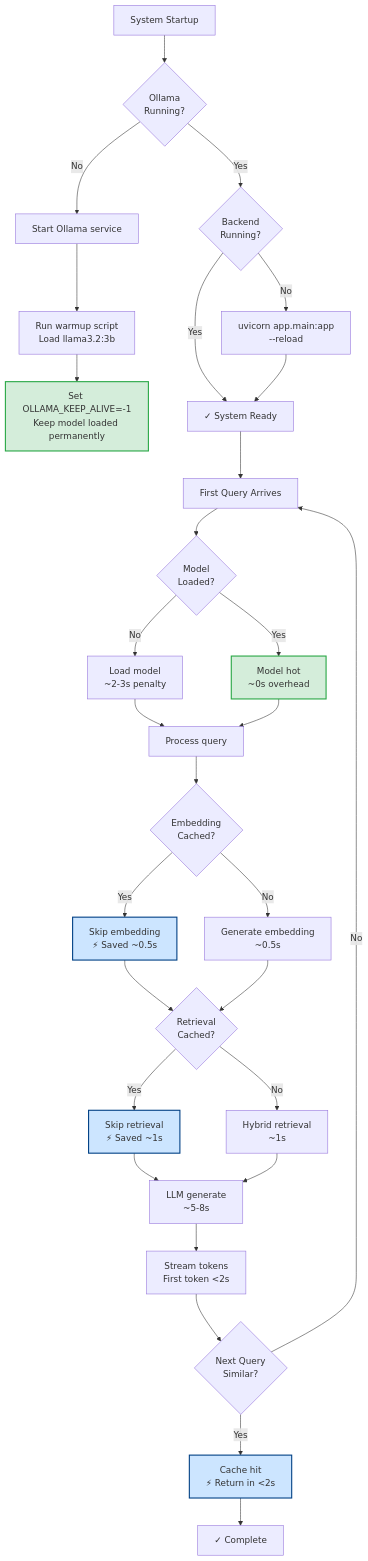
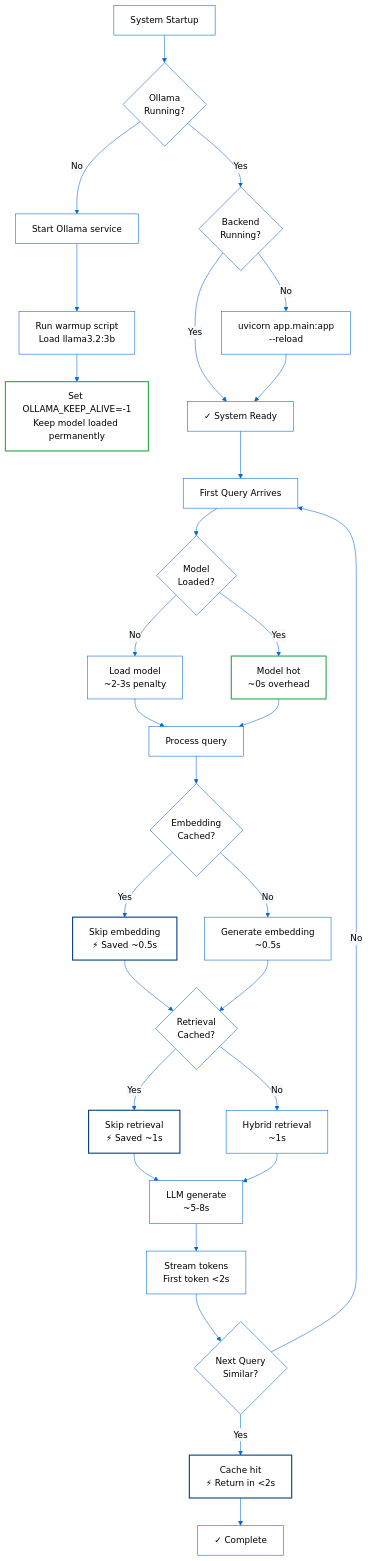
Before and after one commit to arpan1221/Foldex: the fifth of 5 diagrams in README.md, drawn with Mermaid. The commit also changed other lines of this file and 1 other file, not shown here.

````diff
--- a/README.md
+++ b/README.md
@@ -222,57 +271,58 @@
 ```mermaid
+%%{init: {'theme':'base', 'themeVariables': { 'primaryColor':'#ffffff', 'primaryTextColor':'#000000', 'primaryBorderColor':'#0366d6', 'lineColor':'#0366d6', 'secondaryColor':'#f6f8fa', 'tertiaryColor':'#ffffff'}}}%%
 flowchart TD
     Start[System Startup] --> Check1{Ollama<br/>Running?}
     
     Check1 -->|No| StartOllama[Start Ollama service]
     Check1 -->|Yes| Check2
     
     StartOllama --> Warmup[Run warmup script<br/>Load llama3.2:3b]
     
     Warmup --> SetKeepAlive[Set OLLAMA_KEEP_ALIVE=-1<br/>Keep model loaded permanently]
     
     Check2{Backend<br/>Running?}
     
     Check2 -->|No| StartBackend[uvicorn app.main:app<br/>--reload]
     Check2 -->|Yes| Ready
     
     StartBackend --> Ready[✓ System Ready]
     
     Ready --> FirstQuery[First Query Arrives]
     
     FirstQuery --> ModelCheck{Model<br/>Loaded?}
     
     ModelCheck -->|No| Load[Load model<br/>~2-3s penalty]
     ModelCheck -->|Yes| Hot[Model hot<br/>~0s overhead]
     
     Load --> Process
     Hot --> Process[Process query]
     
     Process --> EmbedCheck{Embedding<br/>Cached?}
     
     EmbedCheck -->|Yes| SkipEmbed[Skip embedding<br/>⚡ Saved ~0.5s]
     EmbedCheck -->|No| GenEmbed[Generate embedding<br/>~0.5s]
     
     SkipEmbed --> RetCheck
     GenEmbed --> RetCheck{Retrieval<br/>Cached?}
     
     RetCheck -->|Yes| SkipRet[Skip retrieval<br/>⚡ Saved ~1s]
     RetCheck -->|No| DoRet[Hybrid retrieval<br/>~1s]
     
     SkipRet --> Generate
     DoRet --> Generate[LLM generate<br/>~5-8s]
     
     Generate --> Stream[Stream tokens<br/>First token <2s]
     
     Stream --> NextQuery{Next Query<br/>Similar?}
     
     NextQuery -->|Yes| CacheHit[Cache hit<br/>⚡ Return in <2s]
     NextQuery -->|No| FirstQuery
     
     CacheHit --> Done[✓ Complete]
     
-    style Hot fill:#d4edda,stroke:#28a745,stroke-width:2px
-    style SkipEmbed fill:#cce5ff,stroke:#004085,stroke-width:2px
-    style SkipRet fill:#cce5ff,stroke:#004085,stroke-width:2px
-    style CacheHit fill:#cce5ff,stroke:#004085,stroke-width:2px
-    style SetKeepAlive fill:#d4edda,stroke:#28a745,stroke-width:2px
+    style Hot fill:#ffffff,stroke:#28a745,stroke-width:2px,color:#000000
+    style SkipEmbed fill:#ffffff,stroke:#004085,stroke-width:2px,color:#000000
+    style SkipRet fill:#ffffff,stroke:#004085,stroke-width:2px,color:#000000
+    style CacheHit fill:#ffffff,stroke:#004085,stroke-width:2px,color:#000000
+    style SetKeepAlive fill:#ffffff,stroke:#28a745,stroke-width:2px,color:#000000
 ```
````
